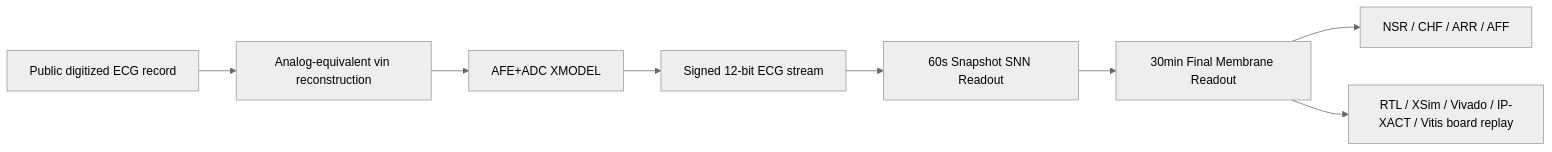
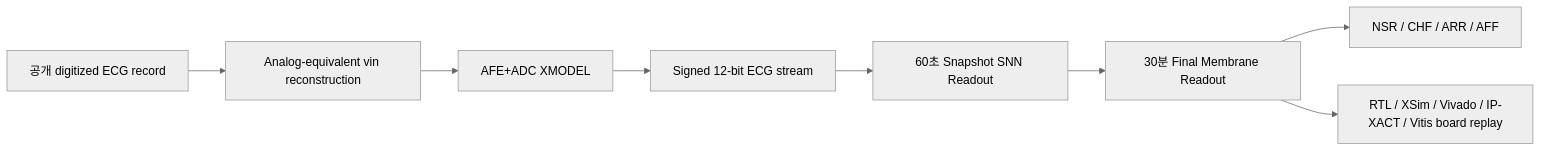
The diagram in README.md (Sheep-gun/ECG-SoC-Integrated), drawn with Mermaid (neutral theme) before and after one commit. The commit also changed other lines of this file, not shown here.

````diff
--- a/README.md
+++ b/README.md
@@ -13,10 +15,10 @@
 ```mermaid
 flowchart LR
-    A["Public digitized ECG record"] --> B["Analog-equivalent vin reconstruction"]
+    A["공개 digitized ECG record"] --> B["Analog-equivalent vin reconstruction"]
     B --> C["AFE+ADC XMODEL"]
     C --> D["Signed 12-bit ECG stream"]
-    D --> E["60s Snapshot SNN Readout"]
-    E --> F["30min Final Membrane Readout"]
+    D --> E["60초 Snapshot SNN Readout"]
+    E --> F["30분 Final Membrane Readout"]
     F --> G["NSR / CHF / ARR / AFF"]
     F --> H["RTL / XSim / Vivado / IP-XACT / Vitis board replay"]
 ```
````
